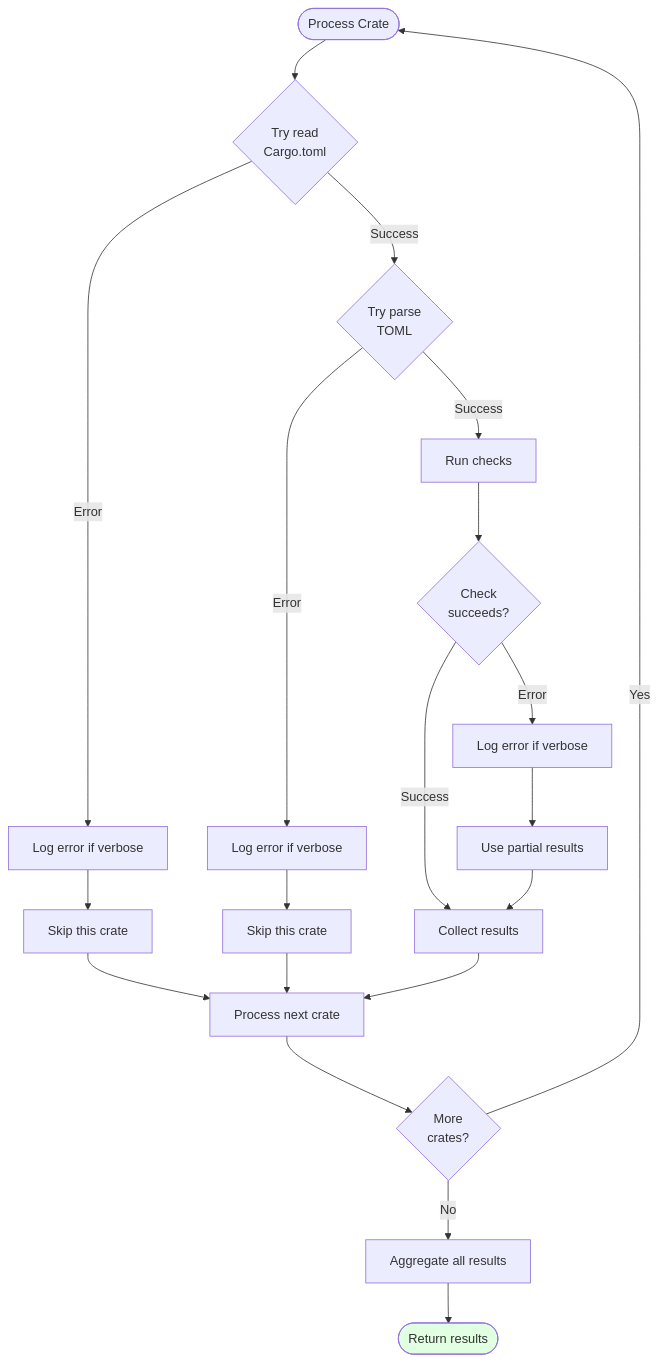
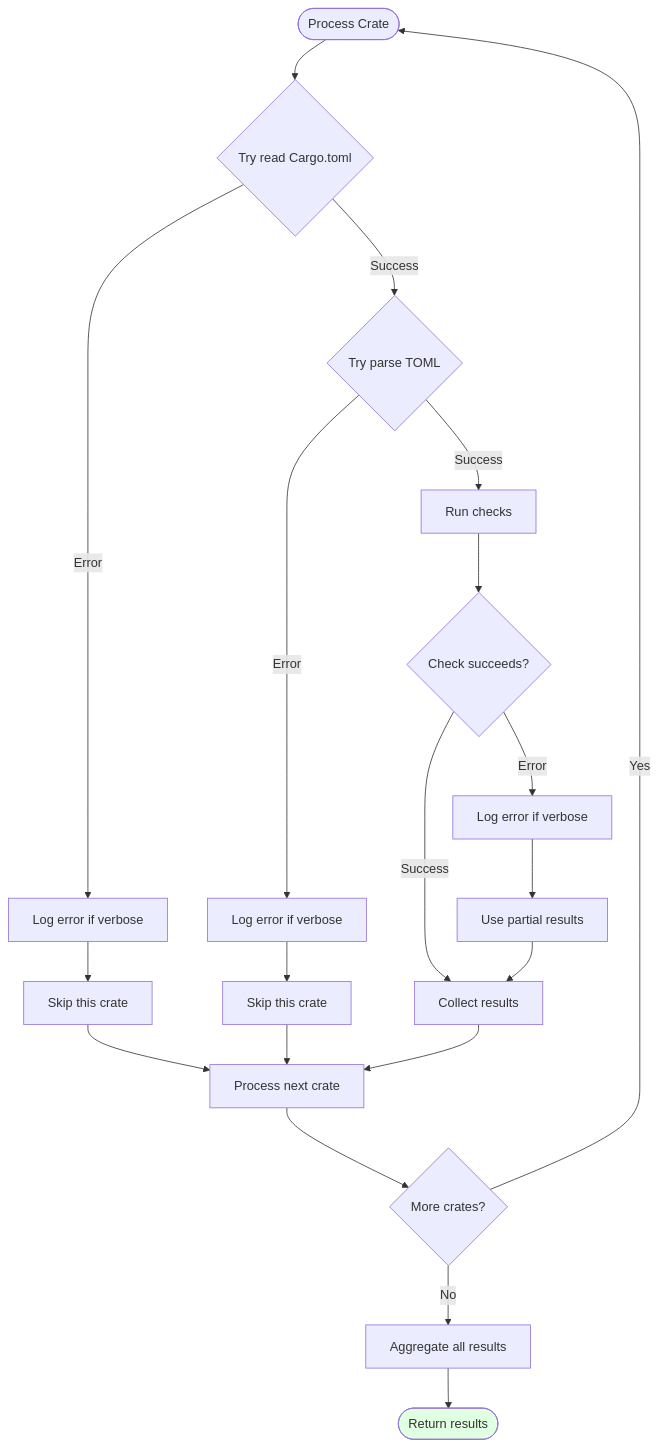
The seventh of 10 diagrams in wiki/Check-Orchestration.md (softwarewrighter/sw-checklist), drawn with Mermaid before and after one commit. The commit also changed 7 other files, not shown here.

````diff
--- a/wiki/Check-Orchestration.md
+++ b/wiki/Check-Orchestration.md
@@ -446,35 +446,35 @@
 ```mermaid
 flowchart TD
-    Start([Process Crate]) --> TryRead{Try read<br/>Cargo.toml}
+    Start([Process Crate]) --> TryRead{Try read Cargo.toml}
 
-    TryRead -->|Success| Parse{Try parse<br/>TOML}
+    TryRead -->|Success| Parse{Try parse TOML}
     TryRead -->|Error| LogError1[Log error if verbose]
 
     LogError1 --> Skip1[Skip this crate]
     Skip1 --> NextCrate[Process next crate]
 
     Parse -->|Success| RunChecks[Run checks]
     Parse -->|Error| LogError2[Log error if verbose]
 
     LogError2 --> Skip2[Skip this crate]
     Skip2 --> NextCrate
 
-    RunChecks --> CheckResult{Check<br/>succeeds?}
+    RunChecks --> CheckResult{Check succeeds?}
 
     CheckResult -->|Success| CollectResults[Collect results]
     CheckResult -->|Error| LogError3[Log error if verbose]
 
     LogError3 --> PartialResults[Use partial results]
     PartialResults --> CollectResults
 
     CollectResults --> NextCrate
 
-    NextCrate --> More{More<br/>crates?}
+    NextCrate --> More{More crates?}
 
     More -->|Yes| Start
     More -->|No| Aggregate[Aggregate all results]
 
     Aggregate --> Return([Return results])
 
     style Return fill:#e1ffe1
 ```
````
